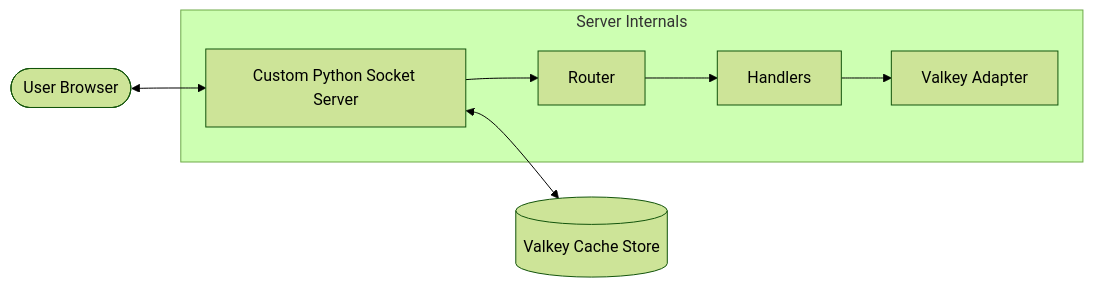
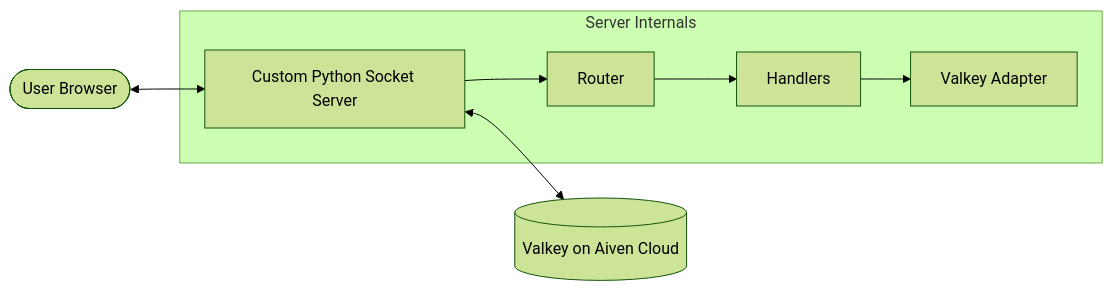
The first of 2 diagrams in README.md (Krish-Bhalala/Read-It), drawn with Mermaid (forest theme) before and after one commit. The commit also changed other lines of this file and 3 other files, not shown here.

````diff
--- a/README.md
+++ b/README.md
@@ -20,11 +20,11 @@
 ```mermaid
 graph LR
     User([User Browser]) <--> Server[Custom Python Socket Server]
-    Server <--> Valkey[(Valkey Cache Store)]
+    Server <--> Valkey[(Valkey on Aiven Cloud)]
     
     subgraph "Server Internals"
         Server --> Router
         Router --> Handlers
         Handlers --> DB_Adapter[Valkey Adapter]
     end
 ```
````
